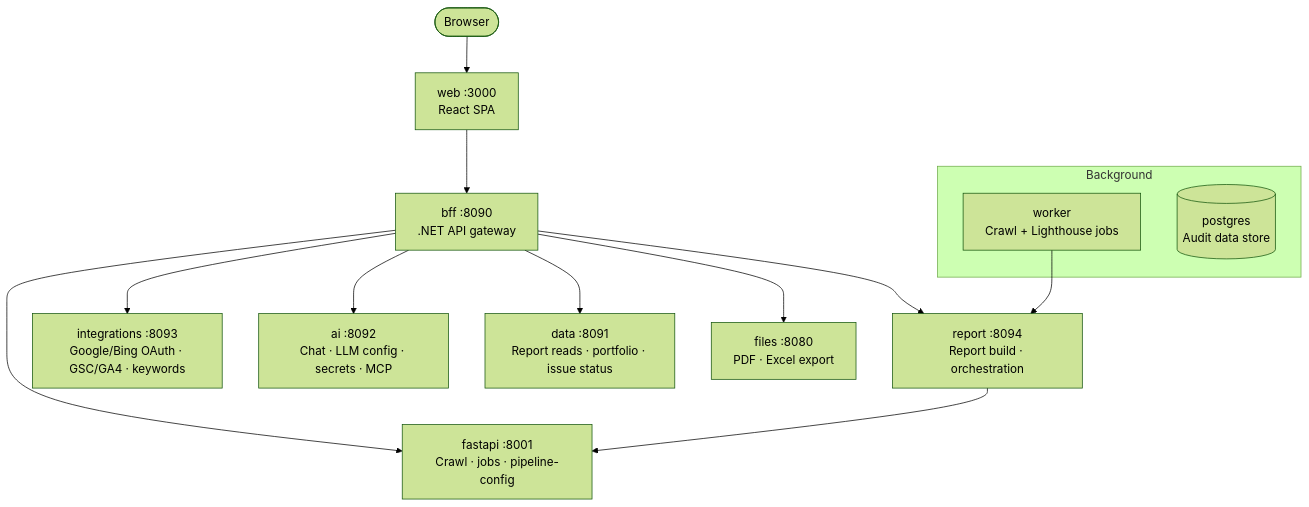
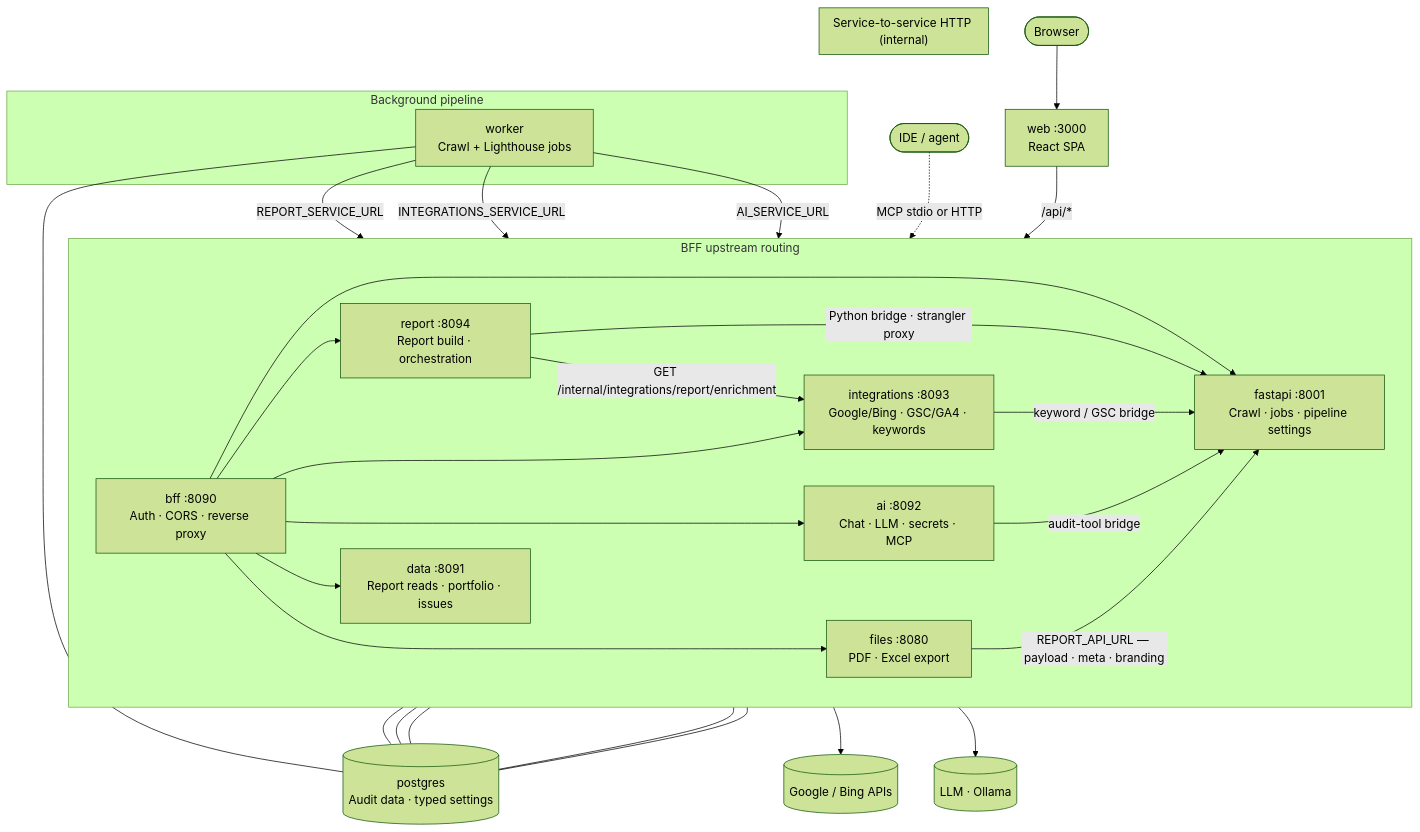
One commit to codefrydev/WebsiteProfiling changed the diagram in README.md. Above: the diagram before and after it, drawn with Mermaid (forest theme). The commit also changed other lines of this file and 209 other files, not shown here.

````diff
--- a/README.md
+++ b/README.md
@@ -143,20 +145,44 @@
 ```mermaid
 flowchart TB
     Browser([Browser]) --> Web["web :3000<br/>React SPA"]
-    Web --> BFF["bff :8090<br/>.NET API gateway"]
+    Web -->|"/api/*"| BFF["bff :8090<br/>Auth · CORS · reverse proxy"]
 
-    BFF --> FastAPI["fastapi :8001<br/>Crawl · jobs · pipeline-config"]
-    BFF --> Report["report :8094<br/>Report build · orchestration"]
-    BFF --> Integrations["integrations :8093<br/>Google/Bing OAuth · GSC/GA4 · keywords"]
-    BFF --> Ai["ai :8092<br/>Chat · LLM config · secrets · MCP"]
-    BFF --> Data["data :8091<br/>Report reads · portfolio · issue status"]
-    BFF --> Files["files :8080<br/>PDF · Excel export"]
-
-    subgraph Background["Background"]
-        Worker["worker<br/>Crawl + Lighthouse jobs"]
-        Postgres[("postgres<br/>Audit data store")]
+    subgraph BffRoutes["BFF upstream routing"]
+        direction LR
+        BFF --> FastAPI["fastapi :8001<br/>Crawl · jobs · pipeline settings"]
+        BFF --> Report["report :8094<br/>Report build · orchestration"]
+        BFF --> Integrations["integrations :8093<br/>Google/Bing · GSC/GA4 · keywords"]
+        BFF --> Ai["ai :8092<br/>Chat · LLM · secrets · MCP"]
+        BFF --> Data["data :8091<br/>Report reads · portfolio · issues"]
+        BFF --> Files["files :8080<br/>PDF · Excel export"]
     end
 
-    Worker --> Report
-    Report --> FastAPI
+    subgraph Pipeline["Background pipeline"]
+        Worker["worker<br/>Crawl + Lighthouse jobs"]
+        Worker -->|"REPORT_SERVICE_URL"| Report
+        Worker -->|"INTEGRATIONS_SERVICE_URL"| Integrations
+        Worker -->|"AI_SERVICE_URL"| Ai
+    end
+
+    subgraph Internal["Service-to-service HTTP (internal)"]
+        direction TB
+        Report -->|"Python bridge · strangler proxy"| FastAPI
+        Report -->|"GET /internal/integrations/report/enrichment"| Integrations
+        Integrations -->|"keyword / GSC bridge"| FastAPI
+        Ai -->|"audit-tool bridge"| FastAPI
+        Files -->|"REPORT_API_URL — payload · meta · branding"| FastAPI
+    end
+
+    Postgres[("postgres<br/>Audit data · typed settings")]
+
+    FastAPI --- Postgres
+    Worker --- Postgres
+    Report --- Postgres
+    Integrations --- Postgres
+    Ai --- Postgres
+    Data --- Postgres
+
+    Integrations --> Google[(Google / Bing APIs)]
+    Ai --> LLM[(LLM · Ollama)]
+    MCP([IDE / agent]) -.->|"MCP stdio or HTTP"| Ai
 ```
````
